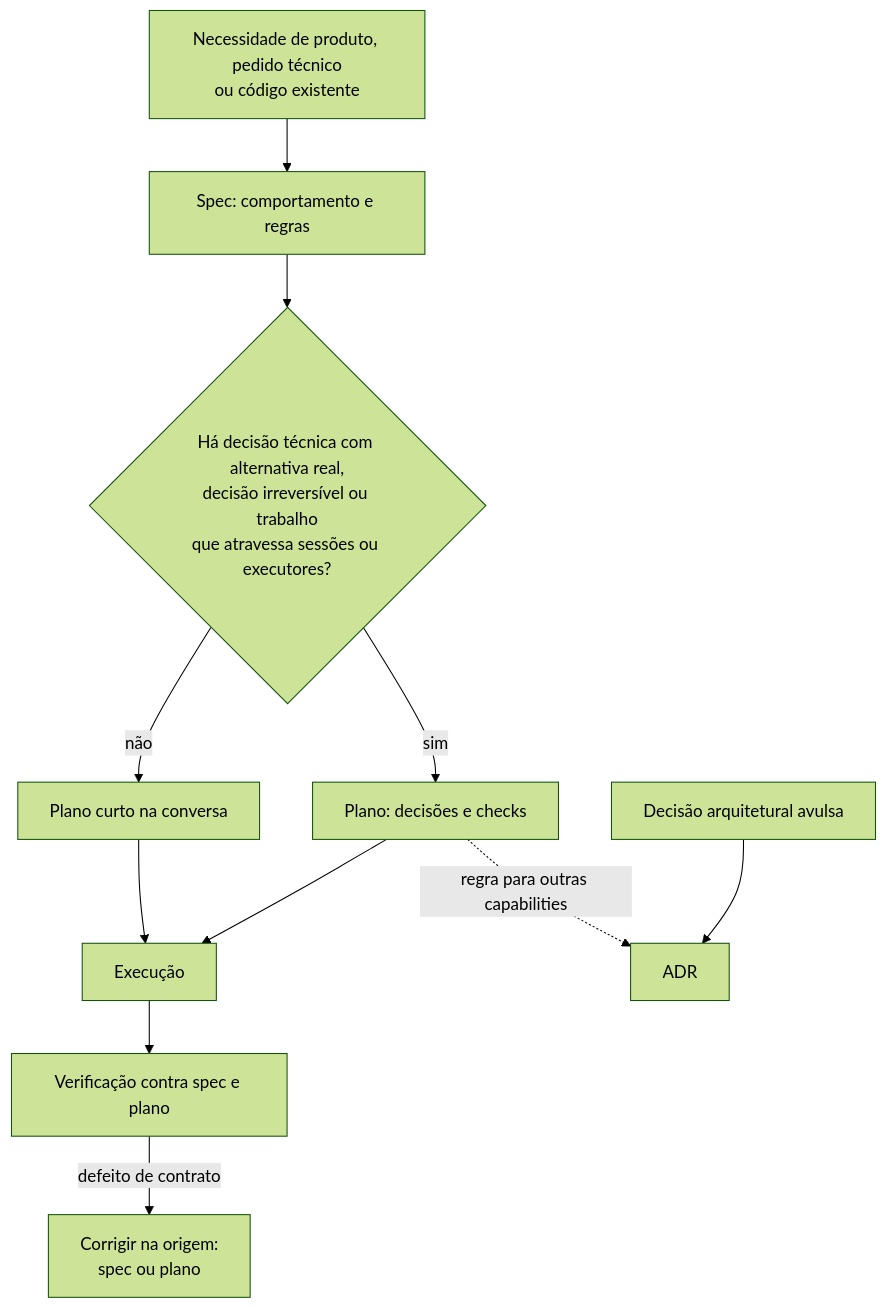
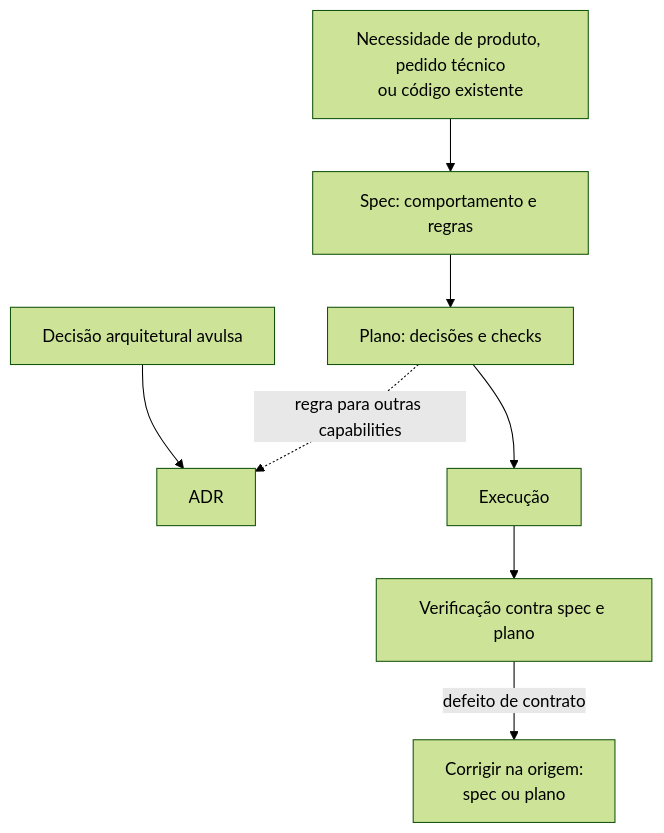
One commit to guilhermesalvi/ai-skills changed the diagram in plugins/ai-skills/skills/sdd/SKILL.md. Above: the diagram before and after it, drawn with Mermaid (forest theme). The commit also changed other lines of this file and 3 other files, not shown here.

````diff
--- a/plugins/ai-skills/skills/sdd/SKILL.md
+++ b/plugins/ai-skills/skills/sdd/SKILL.md
@@ -10,13 +10,10 @@
 ```mermaid
 flowchart TD
     Source[Necessidade de produto, pedido técnico<br/>ou código existente] --> Spec[Spec: comportamento e regras]
-    Spec --> NeedPlan{Há decisão técnica com alternativa real,<br/>decisão irreversível ou trabalho<br/>que atravessa sessões ou executores?}
-    NeedPlan -- sim --> Plan[Plano: decisões e checks]
-    NeedPlan -- não --> Short[Plano curto na conversa]
+    Spec --> Plan[Plano: decisões e checks]
     Plan -. regra para outras capabilities .-> ADR[ADR]
     Decision[Decisão arquitetural avulsa] --> ADR
     Plan --> Execute[Execução]
-    Short --> Execute
     Execute --> Verify[Verificação contra spec e plano]
     Verify -- defeito de contrato --> Fix[Corrigir na origem:<br/>spec ou plano]
 ```
````
